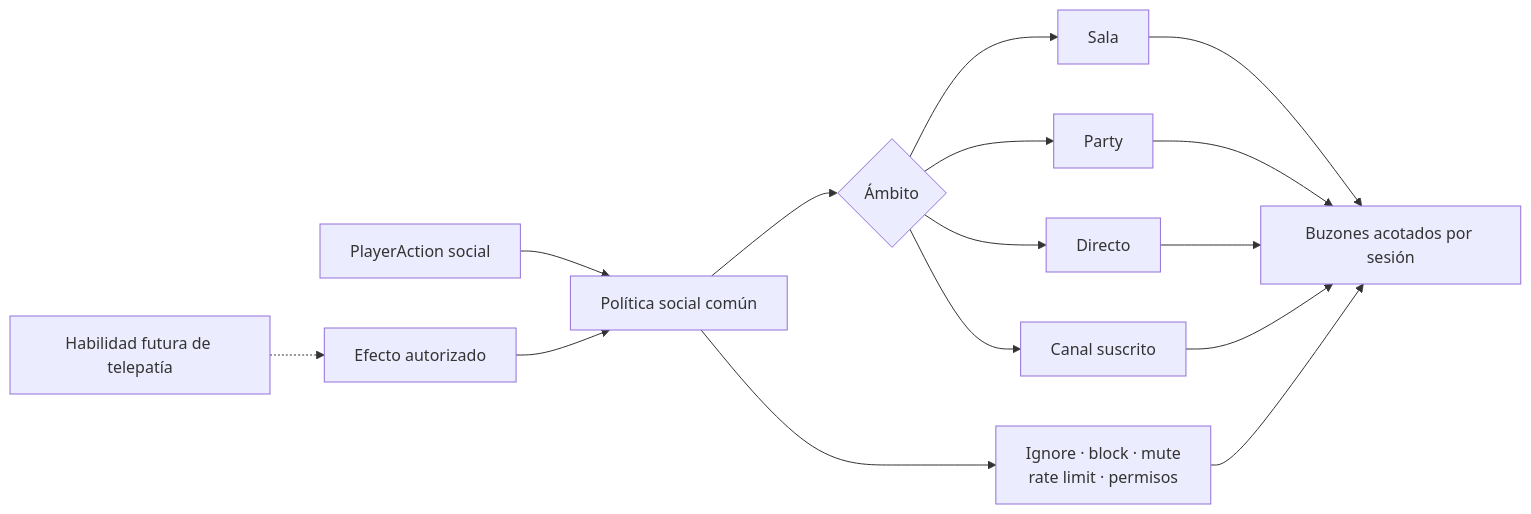
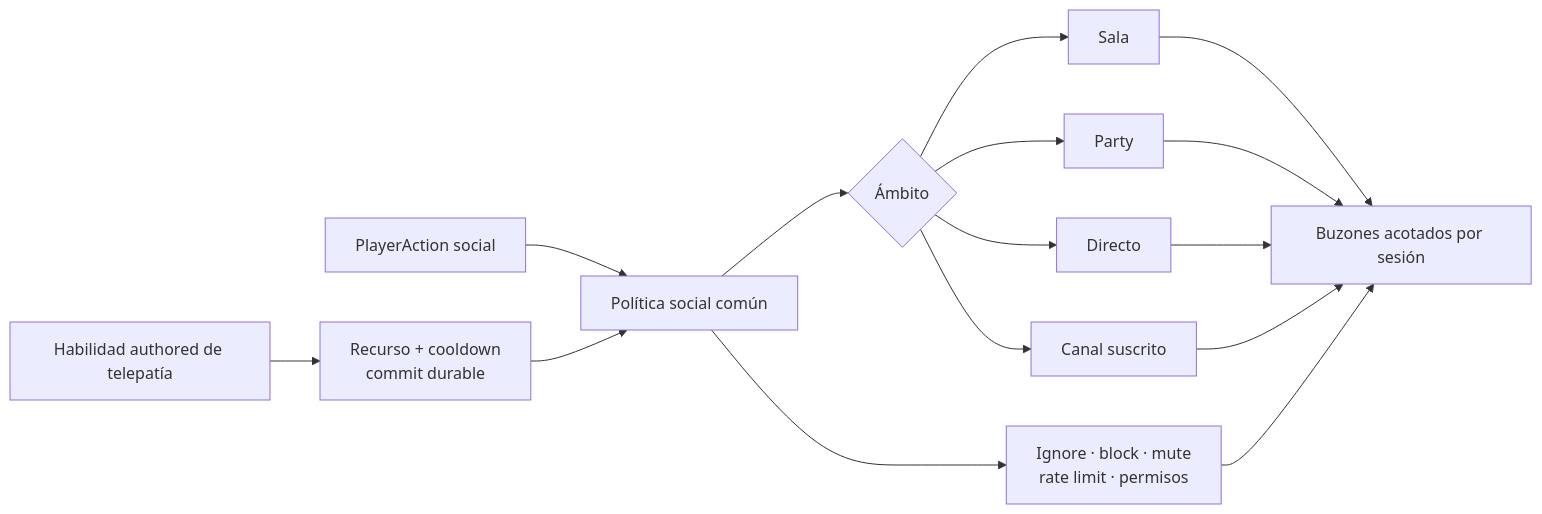
Before and after one commit to hyukudan/tiamud: the first of 3 diagrams in docs/design/social-staff-and-loot-roadmap.md, drawn with Mermaid. The commit also changed other lines of this file and 49 other files, not shown here.

````diff
--- a/docs/design/social-staff-and-loot-roadmap.md
+++ b/docs/design/social-staff-and-loot-roadmap.md
@@ -313,20 +316,20 @@
 ```mermaid
 flowchart LR
-    accTitle: Enrutamiento actual y futuro de las comunicaciones de Tiamud
-    accDescr: Las acciones de texto implementadas entran en una política social común que calcula destinatarios, aplica bloqueos y límites y entrega solo a buzones autorizados. La telepatía sigue siendo una ampliación futura que deberá reutilizar la misma política.
+    accTitle: Enrutamiento actual de las comunicaciones de Tiamud
+    accDescr: Las acciones de texto entran en una política social común que calcula destinatarios, aplica bloqueos y límites y entrega solo a buzones autorizados. La telepatía confirma primero su coste de gameplay y solo después usa esa entrega común.
 
     Text[PlayerAction social] --> Policy[Política social común]
-    Ability[Habilidad futura de telepatía] -.-> Effect[Efecto autorizado]
+    Ability[Habilidad authored de telepatía] --> Effect[Recurso + cooldown<br/>commit durable]
     Effect --> Policy
     Policy --> Audience{Ámbito}
     Audience --> Room[Sala]
     Audience --> Party[Party]
     Audience --> Direct[Directo]
     Audience --> Channel[Canal suscrito]
     Policy --> Safety[Ignore · block · mute<br/>rate limit · permisos]
     Room --> Delivery[Buzones acotados por sesión]
     Party --> Delivery
     Direct --> Delivery
     Channel --> Delivery
     Safety --> Delivery
 ```
````
